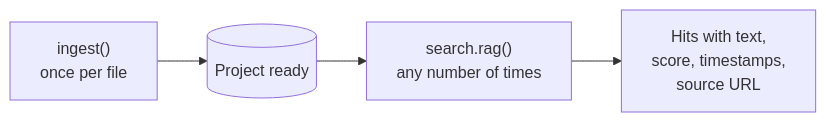
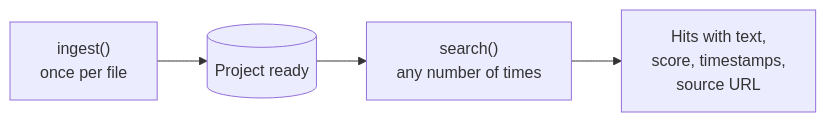
Before and after one commit to Kurious-AI/getting-started: the second of 2 diagrams in README.md, drawn with Mermaid. The commit also changed other lines of this file, not shown here.

````diff
--- a/README.md
+++ b/README.md
@@ -317,6 +297,6 @@
 ```mermaid
 flowchart LR
     A["ingest()<br/>once per file"] --> B[(Project ready)]
-    B --> C["search.rag()<br/>any number of times"]
+    B --> C["search()<br/>any number of times"]
     C --> D[Hits with text,<br/>score, timestamps,<br/>source URL]
 ```
````
